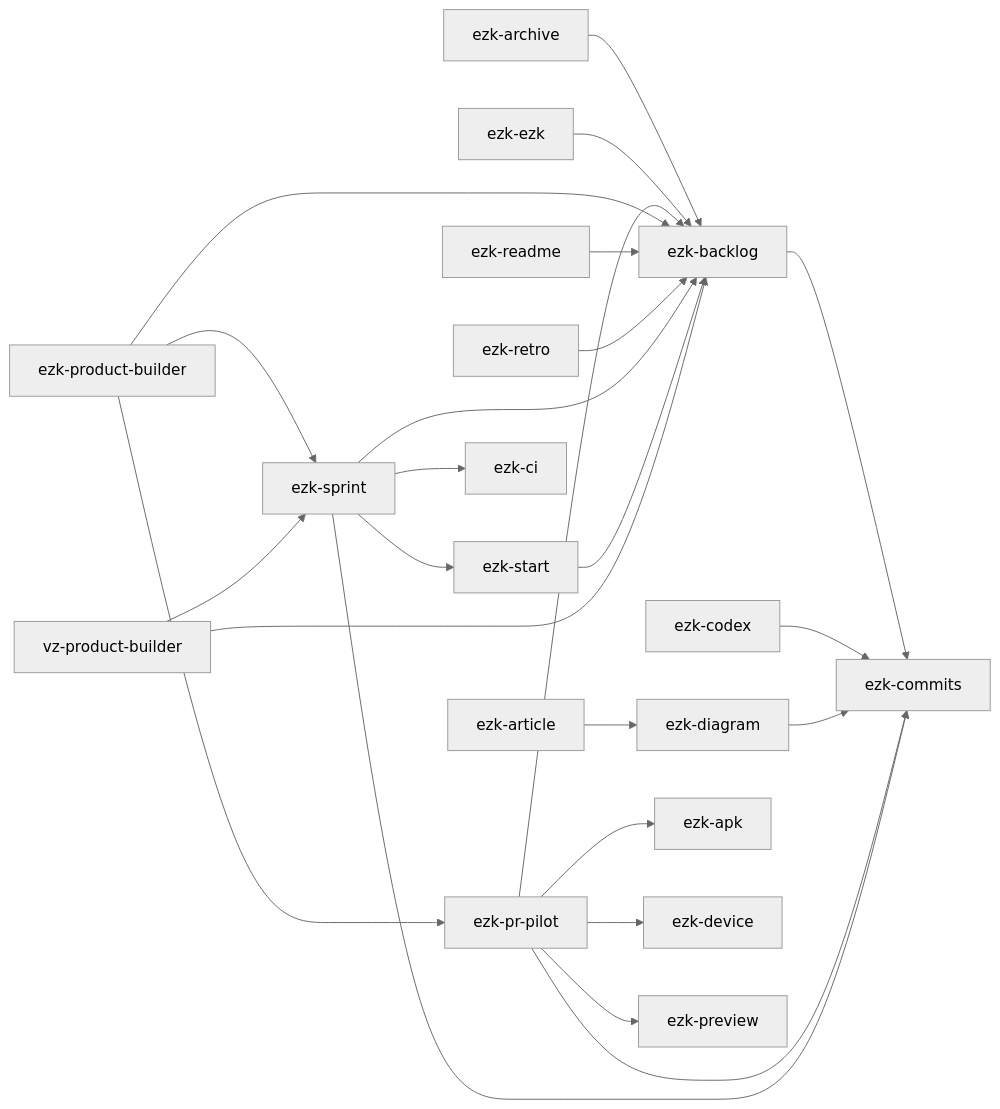
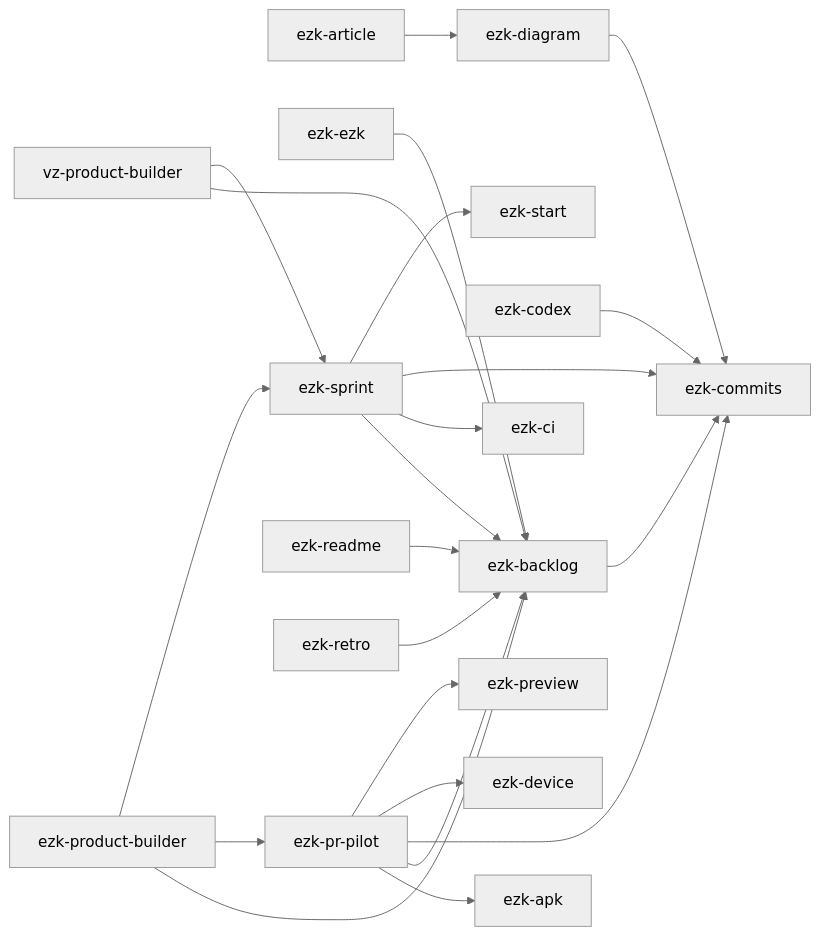
Before and after one commit to elzinko/vectorz: the diagram in products/mega-city/skills/README.md, drawn with Mermaid (neutral theme). The commit also changed 3 other files, not shown here.

````diff
--- a/products/mega-city/skills/README.md
+++ b/products/mega-city/skills/README.md
@@ -50,26 +50,24 @@
 ```mermaid
 flowchart LR
-    ezk-archive --> ezk-backlog
     ezk-article --> ezk-diagram
     ezk-backlog --> ezk-commits
     ezk-codex --> ezk-commits
     ezk-diagram --> ezk-commits
     ezk-ezk --> ezk-backlog
     ezk-pr-pilot --> ezk-apk
     ezk-pr-pilot --> ezk-backlog
     ezk-pr-pilot --> ezk-commits
     ezk-pr-pilot --> ezk-device
     ezk-pr-pilot --> ezk-preview
     ezk-product-builder --> ezk-backlog
     ezk-product-builder --> ezk-pr-pilot
     ezk-product-builder --> ezk-sprint
     ezk-readme --> ezk-backlog
     ezk-retro --> ezk-backlog
     ezk-sprint --> ezk-backlog
     ezk-sprint --> ezk-ci
     ezk-sprint --> ezk-commits
     ezk-sprint --> ezk-start
-    ezk-start --> ezk-backlog
     vz-product-builder --> ezk-backlog
     vz-product-builder --> ezk-sprint
 ```
````
